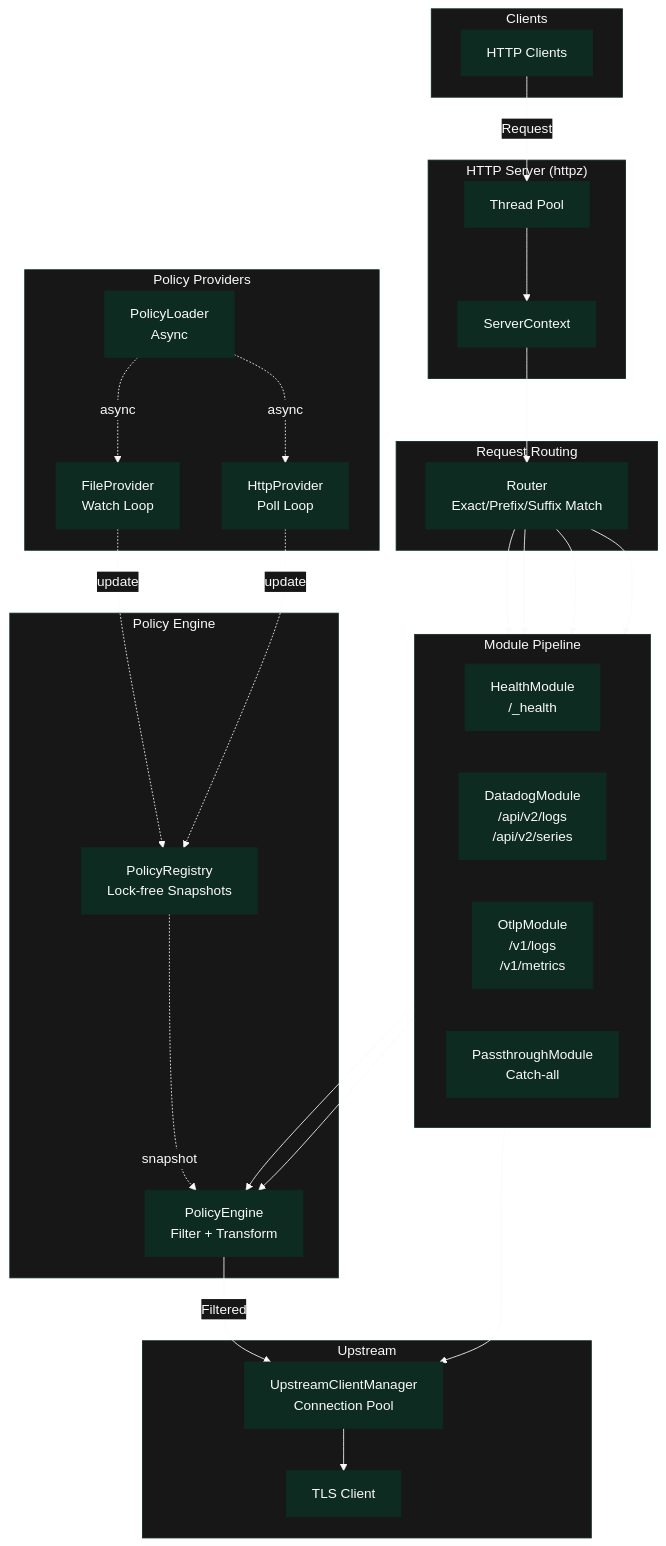
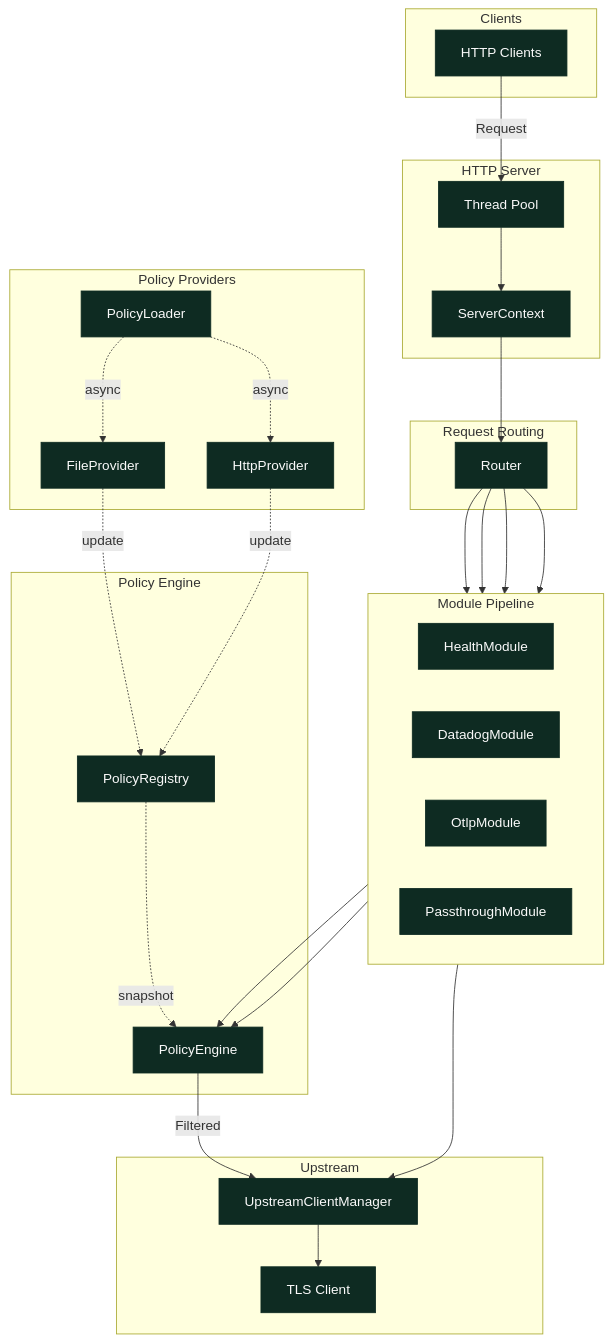
One commit to usetero/docs changed the first of 4 diagrams in edge/architecture.mdx. Above: the diagram before and after it, drawn with Mermaid. The commit also changed other lines of this file, not shown here.

Commit message:
fix: failing architecture diagrams (#8)

````diff
--- a/edge/architecture.mdx
+++ b/edge/architecture.mdx
@@ -15,72 +15,76 @@
 ```mermaid
-%%{init: {'theme': 'base', 'themeVariables': { 'primaryColor': '#0e2b22', 'primaryTextColor': '#fafafa', 'primaryBorderColor': '#0e2b22', 'lineColor': '#fafafa', 'secondaryColor': '#0e2b22', 'tertiaryColor': '#171717', 'background': '#171717', 'mainBkg': '#171717', 'nodeBorder': '#0e2b22', 'clusterBkg': '#171717', 'clusterBorder': '#0e2b22', 'titleColor': '#fafafa', 'edgeLabelBackground': '#171717'}}}%%
 graph TB
-    subgraph Clients["Clients"]
-        C["HTTP Clients"]
+    subgraph Clients
+        C[HTTP Clients]
     end
 
-    subgraph Server["HTTP Server (httpz)"]
-        TP["Thread Pool"]
-        SC["ServerContext"]
+    subgraph Server[HTTP Server]
+        TP[Thread Pool]
+        SC[ServerContext]
     end
 
-    subgraph Routing["Request Routing"]
-        R["Router<br/>Exact/Prefix/Suffix Match"]
+    subgraph Routing[Request Routing]
+        R[Router]
     end
 
-    subgraph Modules["Module Pipeline"]
+    subgraph Modules[Module Pipeline]
         direction LR
-        H["HealthModule<br/>/_health"]
-        DD["DatadogModule<br/>/api/v2/logs<br/>/api/v2/series"]
-        OT["OtlpModule<br/>/v1/logs<br/>/v1/metrics"]
-        PT["PassthroughModule<br/>Catch-all"]
+        H[HealthModule]
+        DD[DatadogModule]
+        OT[OtlpModule]
+        PT[PassthroughModule]
     end
 
-    subgraph Filtering["Policy Engine"]
-        REG["PolicyRegistry<br/>Lock-free Snapshots"]
-        PE["PolicyEngine<br/>Filter + Transform"]
+    subgraph Filtering[Policy Engine]
+        REG[PolicyRegistry]
+        PE[PolicyEngine]
     end
 
-    subgraph Providers["Policy Providers"]
-        PL["PolicyLoader<br/>Async"]
-        FP["FileProvider<br/>Watch Loop"]
-        HP["HttpProvider<br/>Poll Loop"]
+    subgraph Providers[Policy Providers]
+        PL[PolicyLoader]
+        FP[FileProvider]
+        HP[HttpProvider]
     end
 
-    subgraph Upstream["Upstream"]
-        UCM["UpstreamClientManager<br/>Connection Pool"]
-        TLS["TLS Client"]
+    subgraph Upstream
+        UCM[UpstreamClientManager]
+        TLS[TLS Client]
     end
 
     C -->|Request| TP
     TP --> SC
     SC --> R
-    R --> H & DD & OT & PT
+    R --> H
+    R --> DD
+    R --> OT
+    R --> PT
 
     DD --> PE
     OT --> PE
     PE -->|Filtered| UCM
 
     PT --> UCM
     UCM --> TLS
 
-    PL -.->|async| FP & HP
-    FP & HP -.->|update| REG
+    PL -.->|async| FP
+    PL -.->|async| HP
+    FP -.->|update| REG
+    HP -.->|update| REG
     REG -.->|snapshot| PE
 
     style C fill:#0e2b22,stroke:#0e2b22,color:#fafafa
     style TP fill:#0e2b22,stroke:#0e2b22,color:#fafafa
     style SC fill:#0e2b22,stroke:#0e2b22,color:#fafafa
     style R fill:#0e2b22,stroke:#0e2b22,color:#fafafa
     style H fill:#0e2b22,stroke:#0e2b22,color:#fafafa
     style DD fill:#0e2b22,stroke:#0e2b22,color:#fafafa
     style OT fill:#0e2b22,stroke:#0e2b22,color:#fafafa
     style PT fill:#0e2b22,stroke:#0e2b22,color:#fafafa
     style REG fill:#0e2b22,stroke:#0e2b22,color:#fafafa
     style PE fill:#0e2b22,stroke:#0e2b22,color:#fafafa
     style PL fill:#0e2b22,stroke:#0e2b22,color:#fafafa
     style FP fill:#0e2b22,stroke:#0e2b22,color:#fafafa
     style HP fill:#0e2b22,stroke:#0e2b22,color:#fafafa
     style UCM fill:#0e2b22,stroke:#0e2b22,color:#fafafa
     style TLS fill:#0e2b22,stroke:#0e2b22,color:#fafafa
 ```
````
